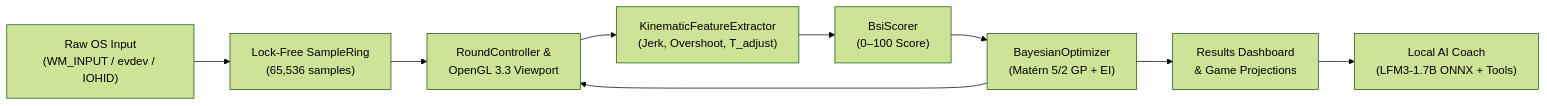
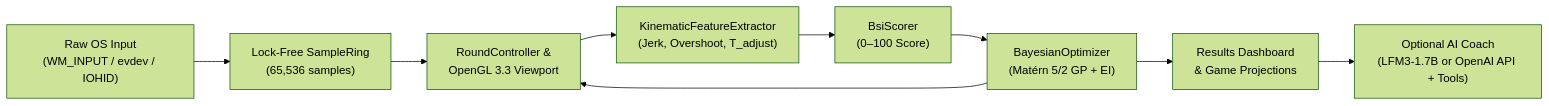
The diagram in README.md (arefabacworkshop/OPTISENS), drawn with Mermaid (forest theme) before and after one commit. The commit also changed other lines of this file, not shown here.

````diff
--- a/README.md
+++ b/README.md
@@ -109,11 +121,11 @@
 ```mermaid
 flowchart LR
     Input["Raw OS Input\n(WM_INPUT / evdev / IOHID)"] --> Ring["Lock-Free SampleRing\n(65,536 samples)"]
     Ring --> Session["RoundController &\nOpenGL 3.3 Viewport"]
     Session --> Kinematics["KinematicFeatureExtractor\n(Jerk, Overshoot, T_adjust)"]
     Kinematics --> BSI["BsiScorer\n(0–100 Score)"]
     BSI --> BO["BayesianOptimizer\n(Matérn 5/2 GP + EI)"]
     BO --> Session
     BO --> Results["Results Dashboard\n& Game Projections"]
-    Results --> Coach["Local AI Coach\n(LFM3-1.7B ONNX + Tools)"]
+    Results --> Coach["Optional AI Coach\n(LFM3-1.7B or OpenAI API + Tools)"]
 ```
````
